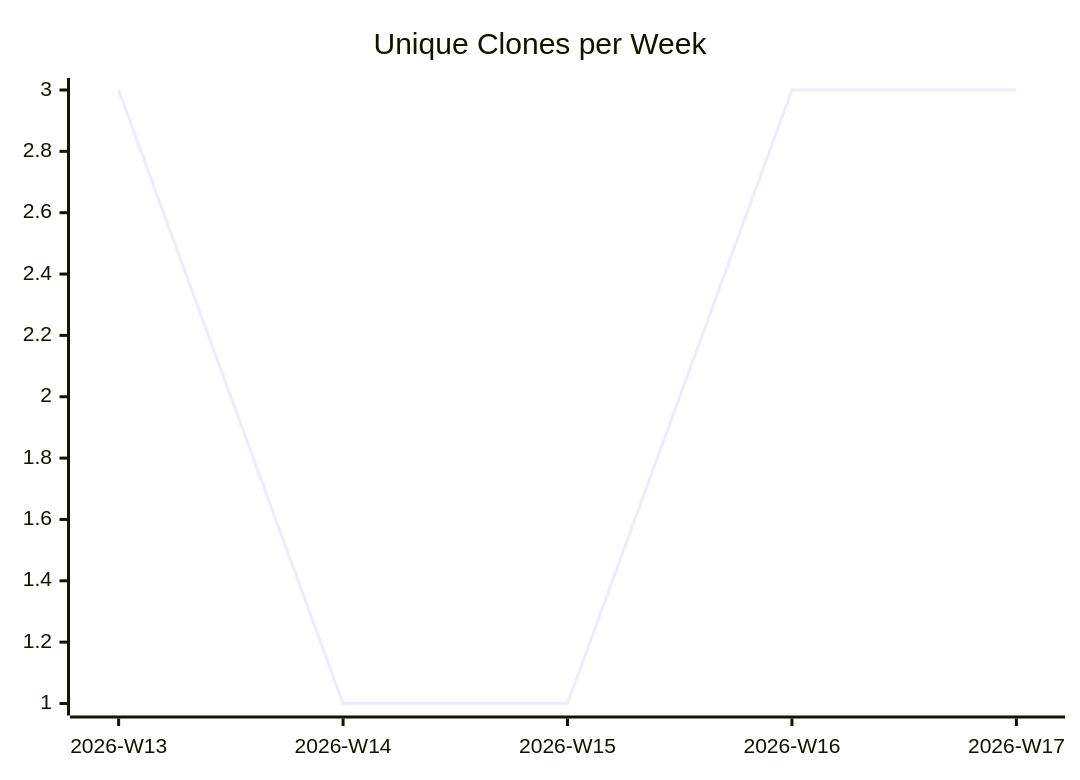
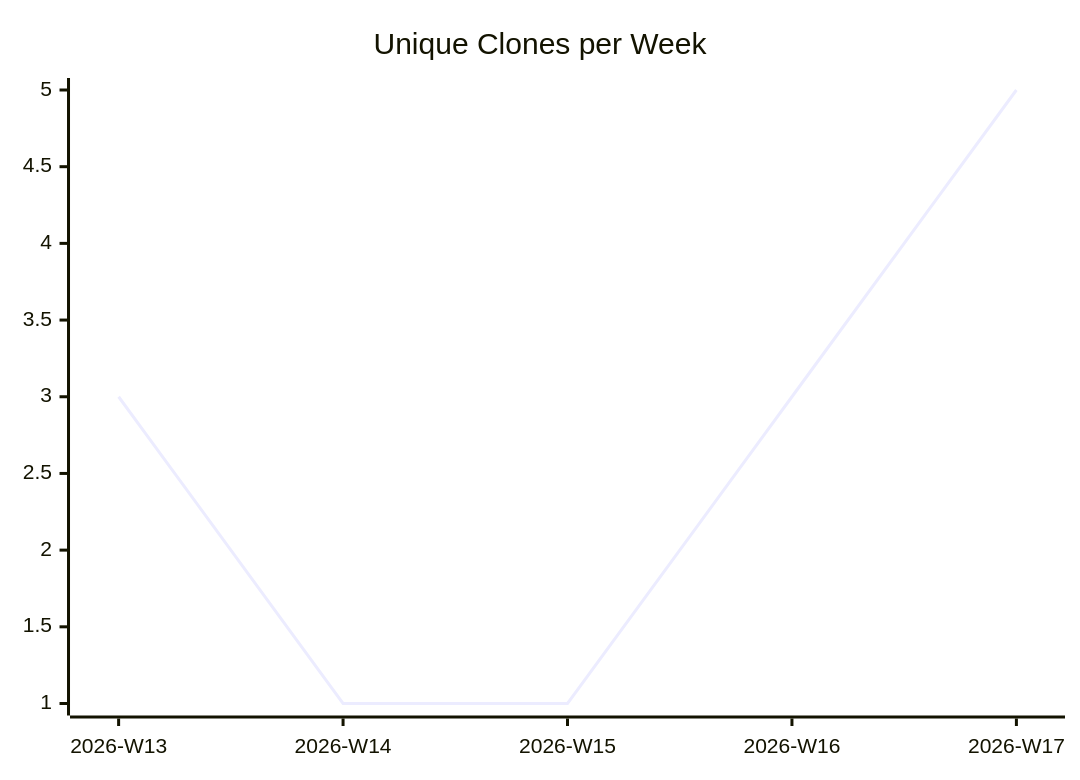
Before and after one commit to justdavis-family/github-analytics-data: the third of 3 diagrams in karlmdavis/stockfighter-trades-solutions/README.md, drawn with Mermaid. The commit also changed other lines of this file and 185 other files, not shown here.

````diff
--- a/karlmdavis/stockfighter-trades-solutions/README.md
+++ b/karlmdavis/stockfighter-trades-solutions/README.md
@@ -19,6 +19,6 @@
 ```mermaid
 xychart-beta
   title "Unique Clones per Week"
   x-axis ["2026-W13", "2026-W14", "2026-W15", "2026-W16", "2026-W17"]
-  line [3, 1, 1, 3, 3]
+  line [3, 1, 1, 3, 5]
 ```
````
